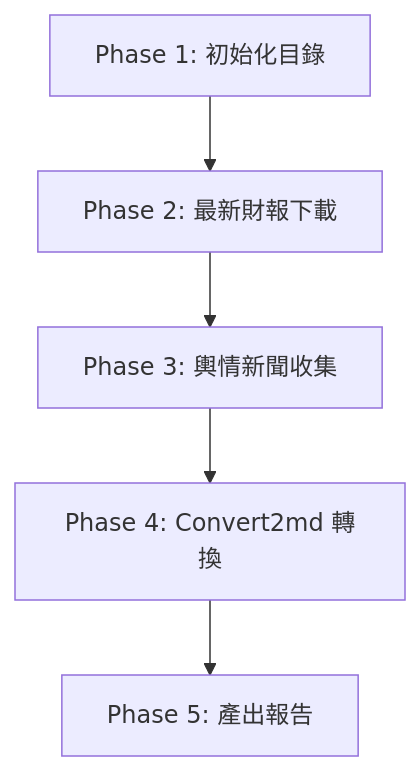
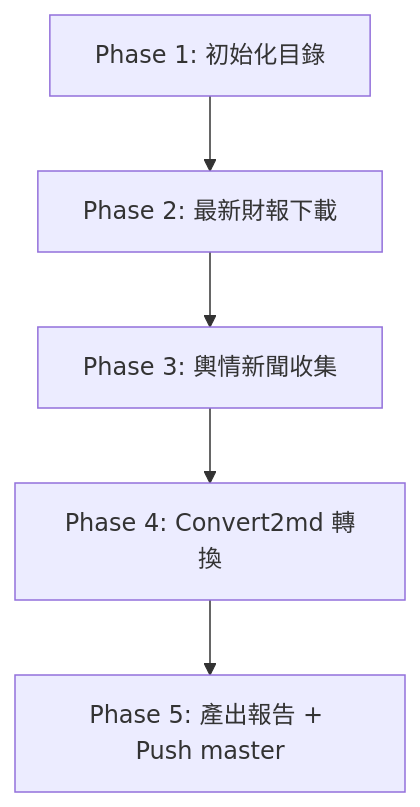
The first of 2 diagrams in .claude/skills/CollectsentimentAndReports/SKILL.md (a9303001/FinancialReport), drawn with Mermaid before and after one commit. The commit also changed other lines of this file and 2 other files, not shown here.

````diff
--- a/.claude/skills/CollectsentimentAndReports/SKILL.md
+++ b/.claude/skills/CollectsentimentAndReports/SKILL.md
@@ -42,7 +47,7 @@
 ```mermaid
 graph TD
     A["Phase 1: 初始化目錄"] --> B["Phase 2: 最新財報下載"]
     B --> C["Phase 3: 輿情新聞收集"]
     C --> D["Phase 4: Convert2md 轉換"]
-    D --> E["Phase 5: 產出報告"]
+    D --> E["Phase 5: 產出報告 + Push master"]
 ```
````
